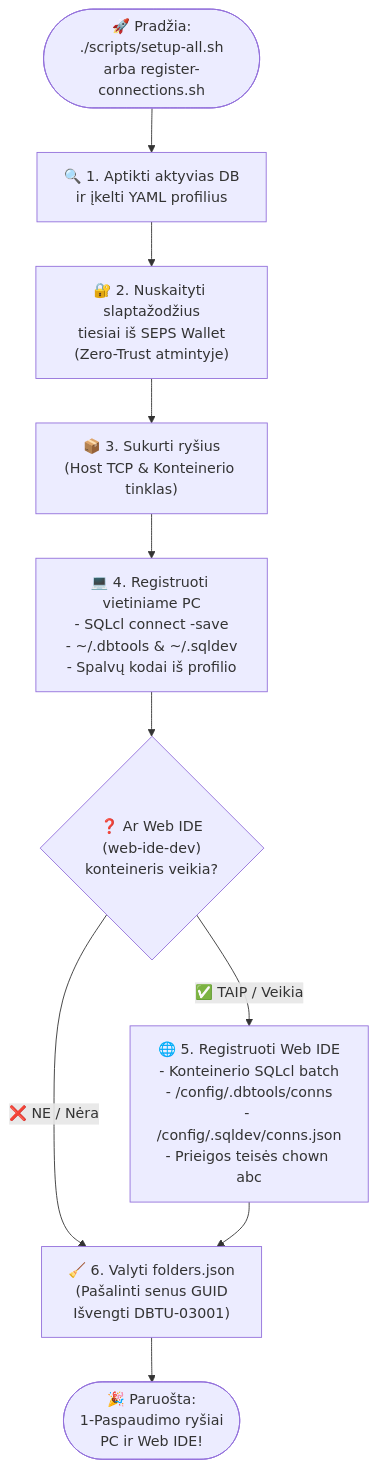
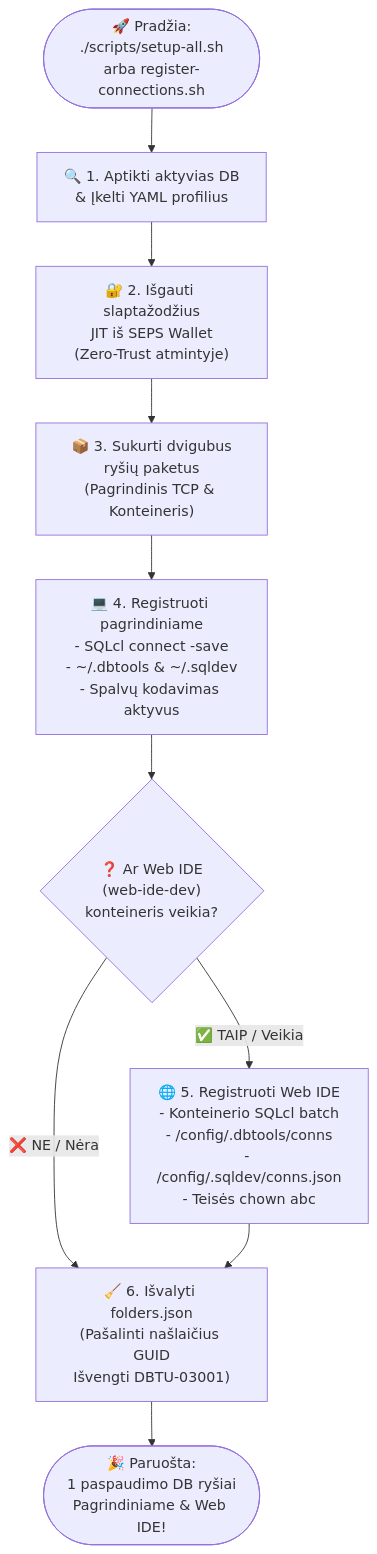
One commit to alahe/oracle-devops-platform changed the diagram in connections/README.lt.md. Above: the diagram before and after it, drawn with Mermaid. The commit also changed other lines of this file and 285 other files, not shown here.

Commit message:
chore(release): prepare repository for public GitHub release (Zero-Trust sanitization, Rule 9 6-language parity across 52 directories, Rule 11 & 12 sync)

````diff
--- a/connections/README.lt.md
+++ b/connections/README.lt.md
@@ -15,20 +15,20 @@
 ```mermaid
 flowchart TD
-  START(["🚀 Pradžia:<br/>./scripts/setup-all.sh<br/>arba register-connections.sh"]) --> DISCOVER["🔍 1. Aptikti aktyvias DB<br/>ir įkelti YAML profilius"]
+  START(["🚀 Pradžia:<br/>./scripts/setup-all.sh<br/>arba register-connections.sh"]) --> DISCOVER["🔍 1. Aptikti aktyvias DB<br/>& Įkelti YAML profilius"]
   
-  DISCOVER --> WALLET["🔐 2. Nuskaityti slaptažodžius<br/>tiesiai iš SEPS Wallet<br/>(Zero-Trust atmintyje)"]
+  DISCOVER --> WALLET["🔐 2. Išgauti slaptažodžius<br/>JIT iš SEPS Wallet<br/>(Zero-Trust atmintyje)"]
   
-  WALLET --> BUILD_CONNS["📦 3. Sukurti ryšius<br/>(Host TCP & Konteinerio tinklas)"]
+  WALLET --> BUILD_CONNS["📦 3. Sukurti dvigubus<br/>ryšių paketus<br/>(Pagrindinis TCP & Konteineris)"]
   
-  BUILD_CONNS --> HOST_REG["💻 4. Registruoti vietiniame PC<br/>- SQLcl connect -save<br/>- ~/.dbtools & ~/.sqldev<br/>- Spalvų kodai iš profilio"]
+  BUILD_CONNS --> HOST_REG["💻 4. Registruoti pagrindiniame<br/>- SQLcl connect -save<br/>- ~/.dbtools & ~/.sqldev<br/>- Spalvų kodavimas aktyvus"]
   
   HOST_REG --> CHECK_WEBIDE{"❓ Ar Web IDE<br/>(web-ide-dev)<br/>konteineris veikia?"}
   
-  CHECK_WEBIDE -->|"✅ TAIP / Veikia"| WEBIDE_REG["🌐 5. Registruoti Web IDE<br/>- Konteinerio SQLcl batch<br/>- /config/.dbtools/conns<br/>- /config/.sqldev/conns.json<br/>- Prieigos teisės chown abc"]
+  CHECK_WEBIDE -->|"✅ TAIP / Veikia"| WEBIDE_REG["🌐 5. Registruoti Web IDE<br/>- Konteinerio SQLcl batch<br/>- /config/.dbtools/conns<br/>- /config/.sqldev/conns.json<br/>- Teisės chown abc"]
   
-  CHECK_WEBIDE -->|"❌ NE / Nėra"| SANITIZE["🧹 6. Valyti folders.json<br/>(Pašalinti senus GUID<br/>Išvengti DBTU-03001)"]
+  CHECK_WEBIDE -->|"❌ NE / Nėra"| SANITIZE["🧹 6. Išvalyti folders.json<br/>(Pašalinti našlaičius GUID<br/>Išvengti DBTU-03001)"]
   
   WEBIDE_REG --> SANITIZE
   
-  SANITIZE --> READY(["🎉 Paruošta:<br/>1-Paspaudimo ryšiai<br/>PC ir Web IDE!"])
+  SANITIZE --> READY(["🎉 Paruošta:<br/>1 paspaudimo DB ryšiai<br/>Pagrindiniame & Web IDE!"])
 ```
````
